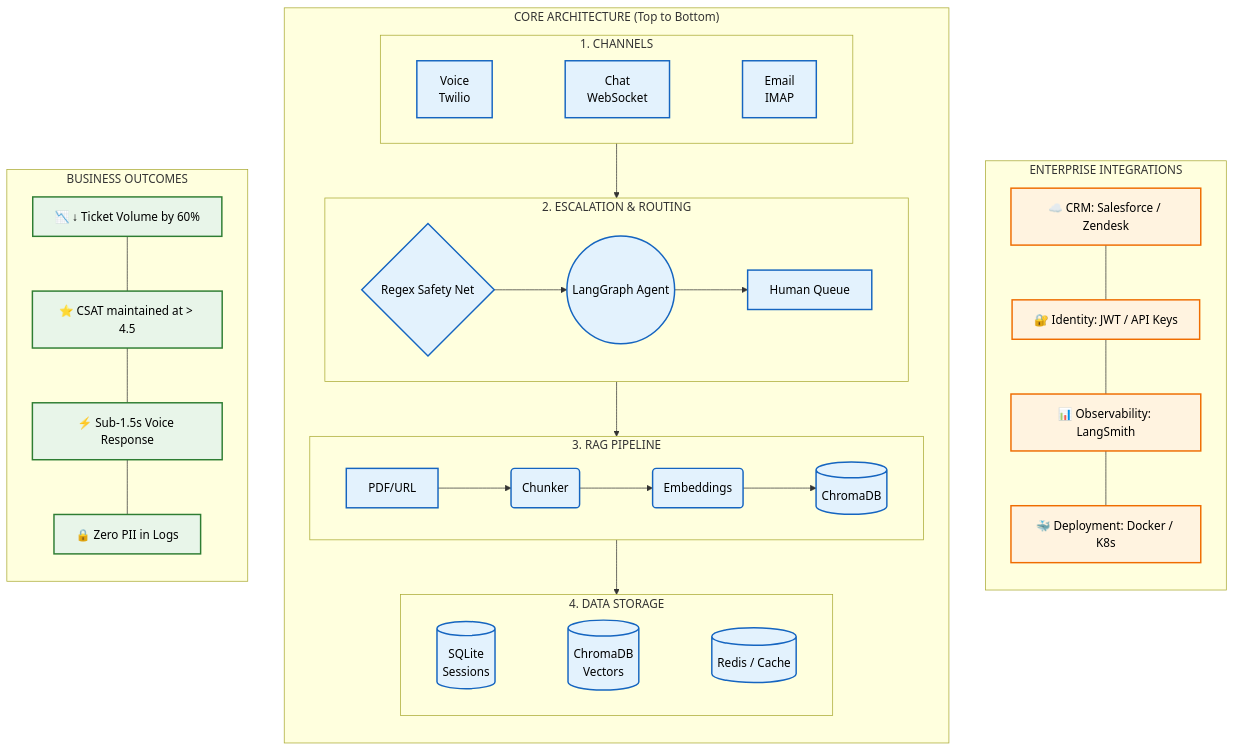
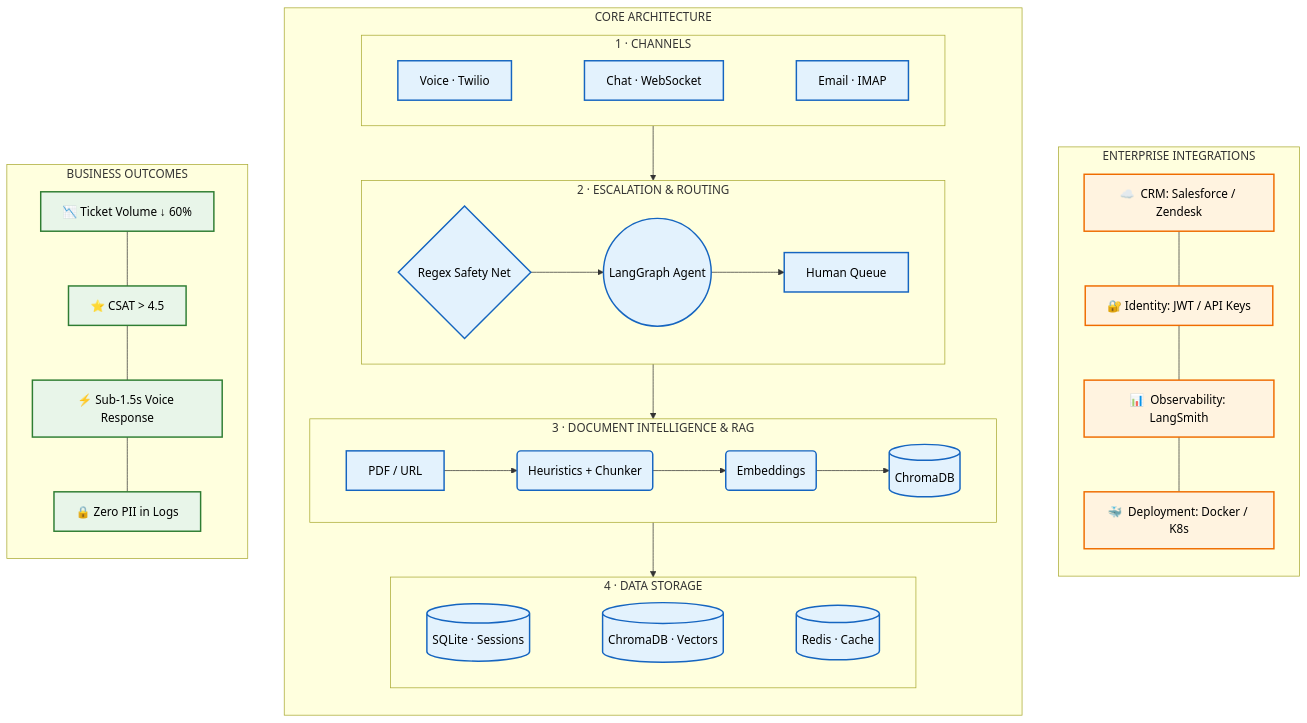
Before and after one commit to raghdaemara1/Ai-Support-system: the first of 3 diagrams in README.md, drawn with Mermaid. The commit also changed other lines of this file and 5 other files, not shown here.

````diff
--- a/README.md
+++ b/README.md
@@ -36,68 +21,57 @@
 ```mermaid
 flowchart LR
-    %% Define Styles
     classDef bizOutcomes fill:#E8F5E9,stroke:#2E7D32,stroke-width:2px,color:#000;
-    classDef archLayer fill:#E3F2FD,stroke:#1565C0,stroke-width:2px,color:#000;
+    classDef archLayer   fill:#E3F2FD,stroke:#1565C0,stroke-width:2px,color:#000;
     classDef integration fill:#FFF3E0,stroke:#EF6C00,stroke-width:2px,color:#000;
-    classDef invisible fill:none,stroke:none,color:none;
 
-    %% L: Business Outcomes (Left Column)
     subgraph Business ["BUSINESS OUTCOMES"]
         direction TB
-        B1["📉 ↓ Ticket Volume by 60%"]
-        B2["⭐ CSAT maintained at > 4.5"]
+        B1["📉 Ticket Volume  ↓ 60%"]
+        B2["⭐ CSAT  >  4.5"]
         B3["⚡ Sub-1.5s Voice Response"]
         B4["🔒 Zero PII in Logs"]
-        
         B1 --- B2 --- B3 --- B4
     end
-    class Business bizOutcomes
-    class B1,B2,B3,B4 bizOutcomes
+    class Business,B1,B2,B3,B4 bizOutcomes
 
-    %% C: Architecture Layers (Center Column)
-    subgraph Architecture ["CORE ARCHITECTURE (Top to Bottom)"]
+    subgraph Architecture ["CORE ARCHITECTURE"]
         direction TB
-        
-        subgraph Channels ["1. CHANNELS"]
+
+        subgraph Channels ["1 · CHANNELS"]
             direction LR
-            C1[Voice <br> Twilio] ~~~ C2[Chat <br> WebSocket] ~~~ C3[Email <br> IMAP]
+            C1[Voice · Twilio] ~~~ C2[Chat · WebSocket] ~~~ C3[Email · IMAP]
         end
 
-        subgraph Runtime ["2. ESCALATION & ROUTING"]
+        subgraph Runtime ["2 · ESCALATION & ROUTING"]
             direction LR
             R1{Regex Safety Net} --> R2((LangGraph Agent)) --> R3[Human Queue]
         end
 
-        subgraph Pipeline ["3. RAG PIPELINE"]
+        subgraph Pipeline ["3 · DOCUMENT INTELLIGENCE & RAG"]
             direction LR
-            P1[PDF/URL] --> P2(Chunker) --> P3(Embeddings) --> P4[(ChromaDB)]
+            P1[PDF / URL] --> P2(Heuristics + Chunker) --> P3(Embeddings) --> P4[(ChromaDB)]
         end
 
-        subgraph Data ["4. DATA STORAGE"]
+        subgraph Data ["4 · DATA STORAGE"]
             direction LR
-            D1[(SQLite<br>Sessions)] ~~~ D2[(ChromaDB<br>Vectors)] ~~~ D3[(Redis / Cache)]
+            D1[(SQLite · Sessions)] ~~~ D2[(ChromaDB · Vectors)] ~~~ D3[(Redis · Cache)]
         end
-        
+
         Channels --> Runtime
         Runtime --> Pipeline
         Pipeline --> Data
     end
-    class Architecture archLayer
-    class C1,C2,C3,R1,R2,R3,P1,P2,P3,P4,D1,D2,D3 archLayer
+    class Architecture,C1,C2,C3,R1,R2,R3,P1,P2,P3,P4,D1,D2,D3 archLayer
 
-    %% R: Enterprise Integrations (Right Column)
     subgraph Integrations ["ENTERPRISE INTEGRATIONS"]
         direction TB
-        I1["☁️ CRM: Salesforce / Zendesk"]
-        I2["🔐 Identity: JWT / API Keys"]
-        I3["📊 Observability: LangSmith"]
-        I4["🐳 Deployment: Docker / K8s"]
-        
+        I1["☁️  CRM: Salesforce / Zendesk"]
+        I2["🔐  Identity: JWT / API Keys"]
+        I3["📊  Observability: LangSmith"]
+        I4["🐳  Deployment: Docker / K8s"]
         I1 --- I2 --- I3 --- I4
     end
-    class Integrations integration
-    class I1,I2,I3,I4 integration
+    class Integrations,I1,I2,I3,I4 integration
 
-    %% Invisible routing for layout alignment
     Business ~~~ Architecture ~~~ Integrations
 ```
````
